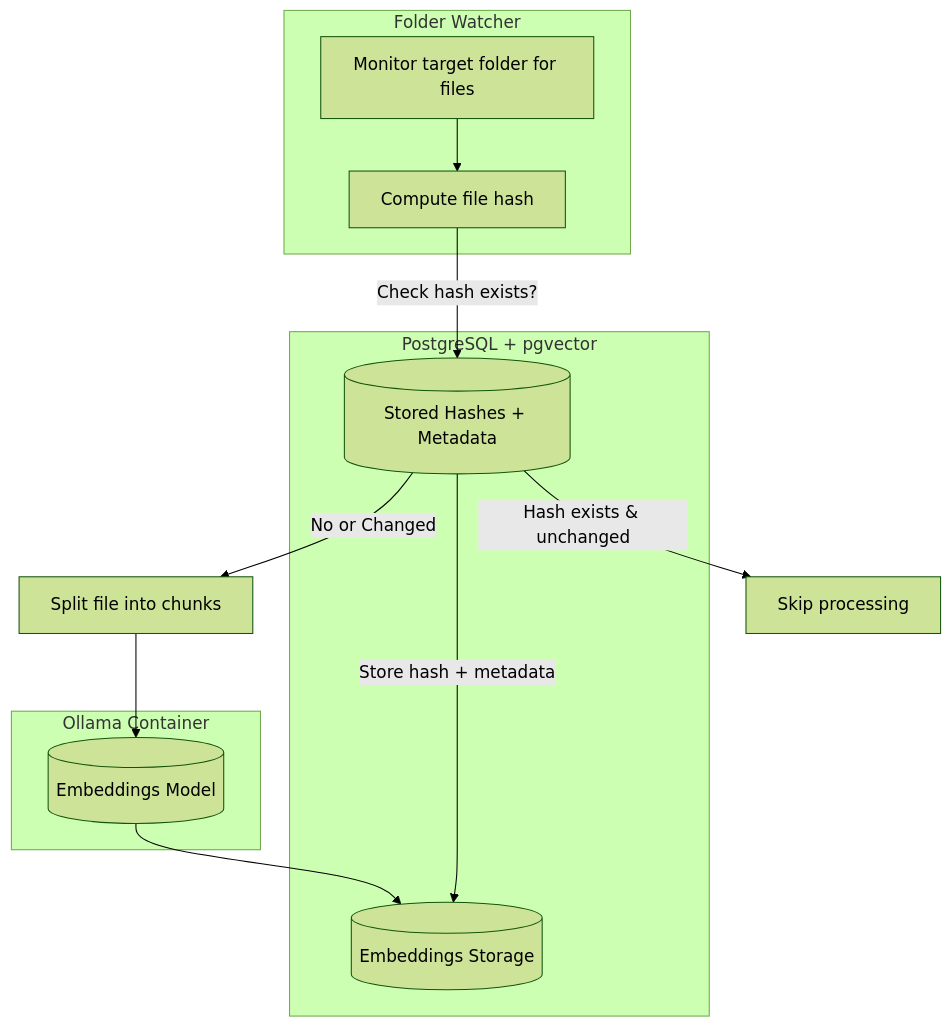
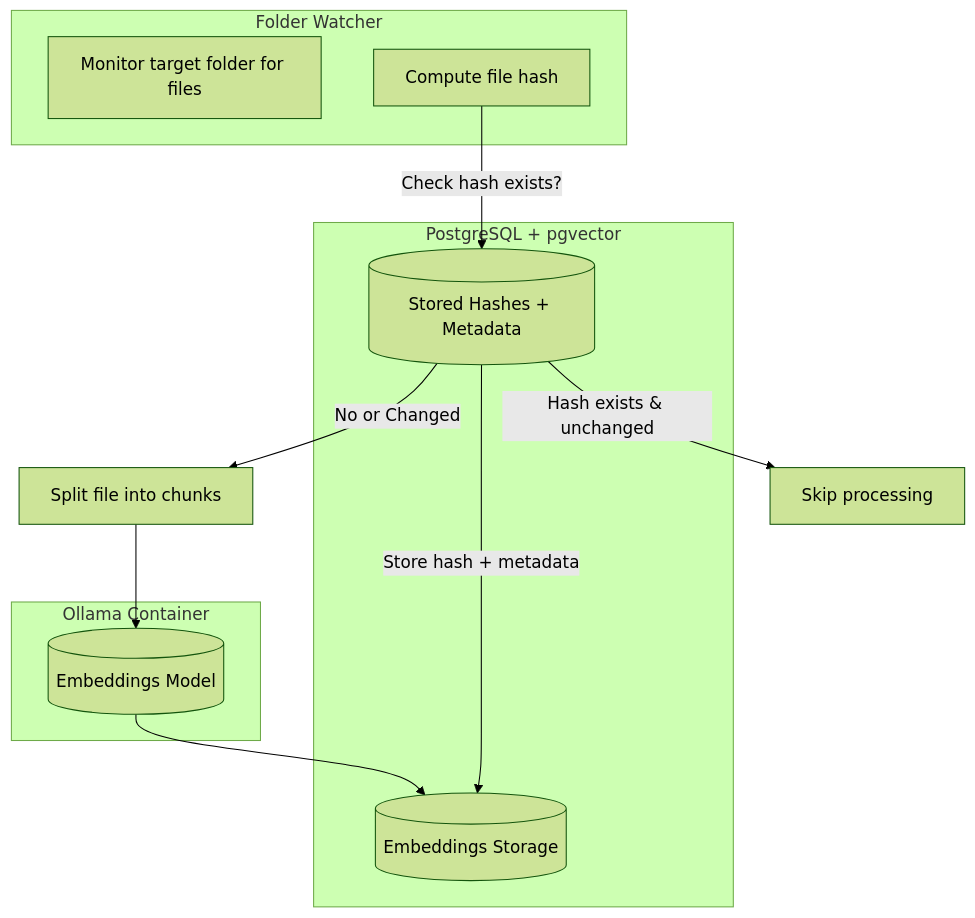
One commit to JohannesRabauer/quanta changed the second of 2 diagrams in README.md. Above: the diagram before and after it, drawn with Mermaid (forest theme). The commit also changed other lines of this file and 5 other files, not shown here.

````diff
--- a/README.md
+++ b/README.md
@@ -52,26 +52,24 @@
 ```mermaid
 flowchart TD
 
     subgraph Watcher [Folder Watcher]
         FW[Monitor target folder for files]
         Hash[Compute file hash]
     end
 
     subgraph DB [PostgreSQL + pgvector]
         Meta[(Stored Hashes + Metadata)]
         Vectors[(Embeddings Storage)]
     end
 
     subgraph AI [Ollama Container]
         EmbedModel[(Embeddings Model)]
     end
-
-    FW --> Hash
     Hash -->|Check hash exists?| Meta
     Meta -->|No or Changed| Chunk[Split file into chunks]
     Chunk --> EmbedModel
     EmbedModel --> Vectors
     Meta <-- Store hash + metadata --- Vectors
 
     Meta -->|Hash exists & unchanged| Skip[Skip processing]
 ```
````
